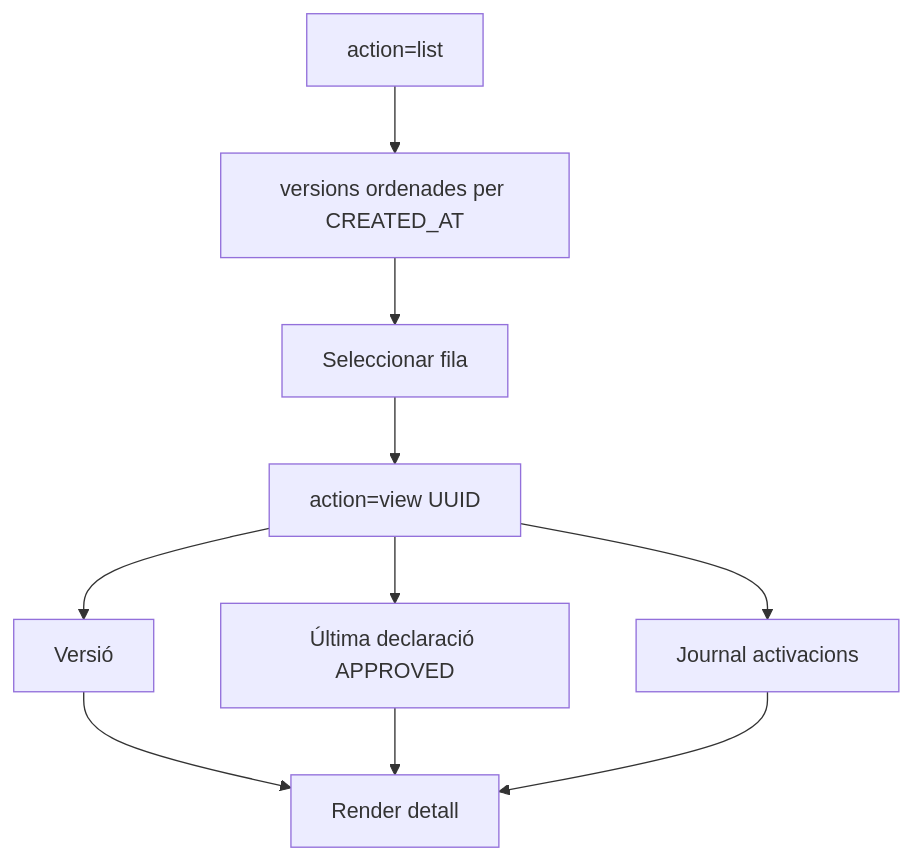
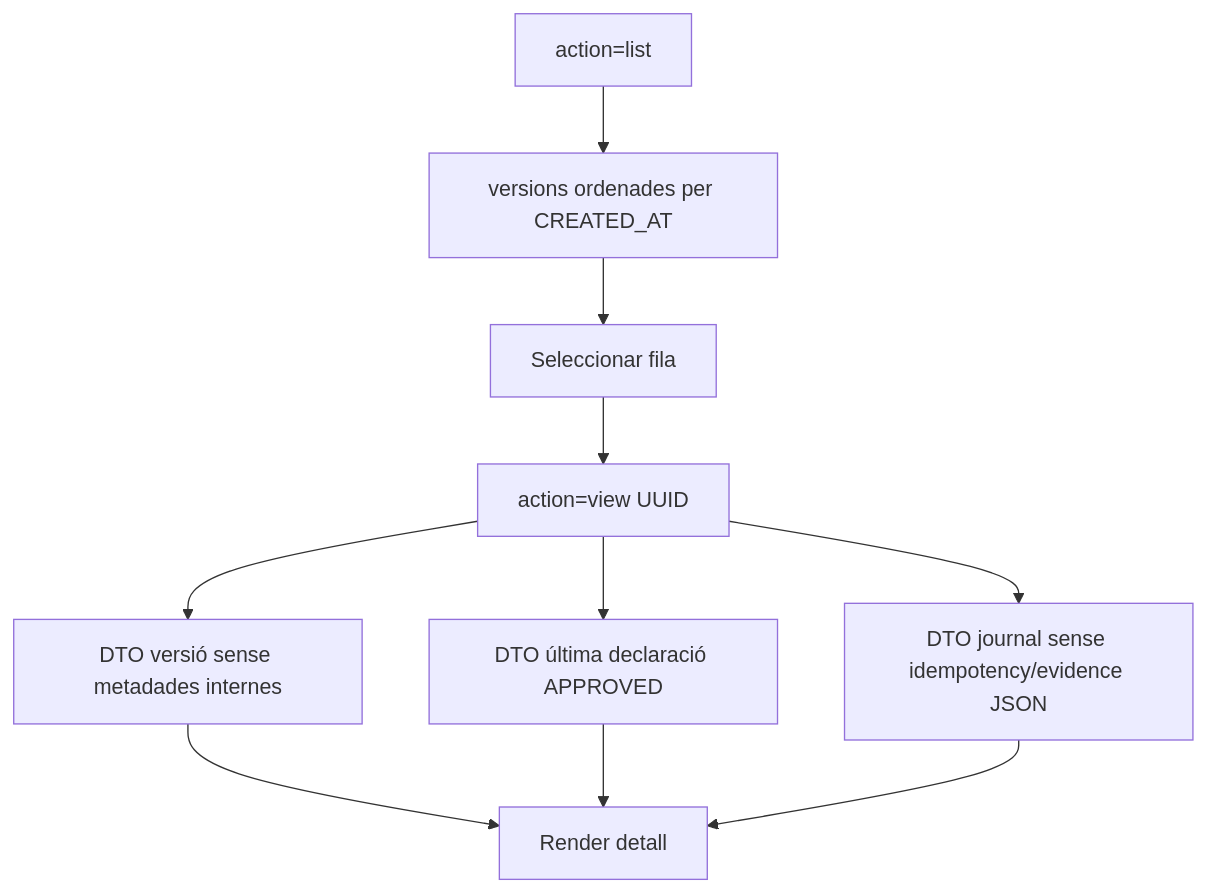
Before and after one commit to orgmeriemprismacat-del/verifactu: the fifth of 11 diagrams in documentacio/07-uml-integrat/uc-010-activitats-pagines-actual-final.md, drawn with Mermaid. The commit also changed other lines of this file, not shown here.

Commit message:
docs(UC-010): activitats/pàgines FINAL amb guards, DTO i evidència

````diff
--- a/documentacio/07-uml-integrat/uc-010-activitats-pagines-actual-final.md
+++ b/documentacio/07-uml-integrat/uc-010-activitats-pagines-actual-final.md
@@ -89,12 +95,12 @@
 ```mermaid
 flowchart TD
 A[action=list] --> B[versions ordenades per CREATED_AT]
 B --> C[Seleccionar fila]
 C --> D[action=view UUID]
-D --> E[Versió]
-D --> F[Última declaració APPROVED]
-D --> G[Journal activacions]
+D --> E[DTO versió sense metadades internes]
+D --> F[DTO última declaració APPROVED]
+D --> G[DTO journal sense idempotency/evidence JSON]
 E --> H[Render detall]
 F --> H
 G --> H
 ```
````
